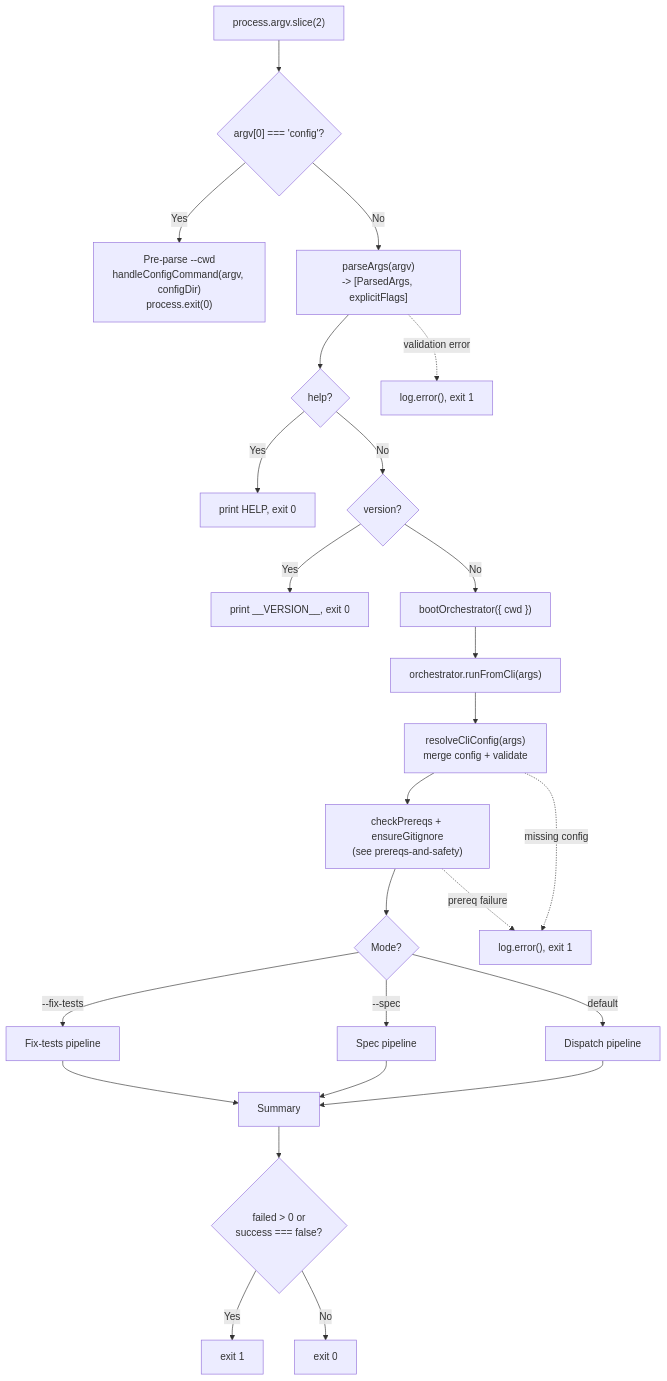
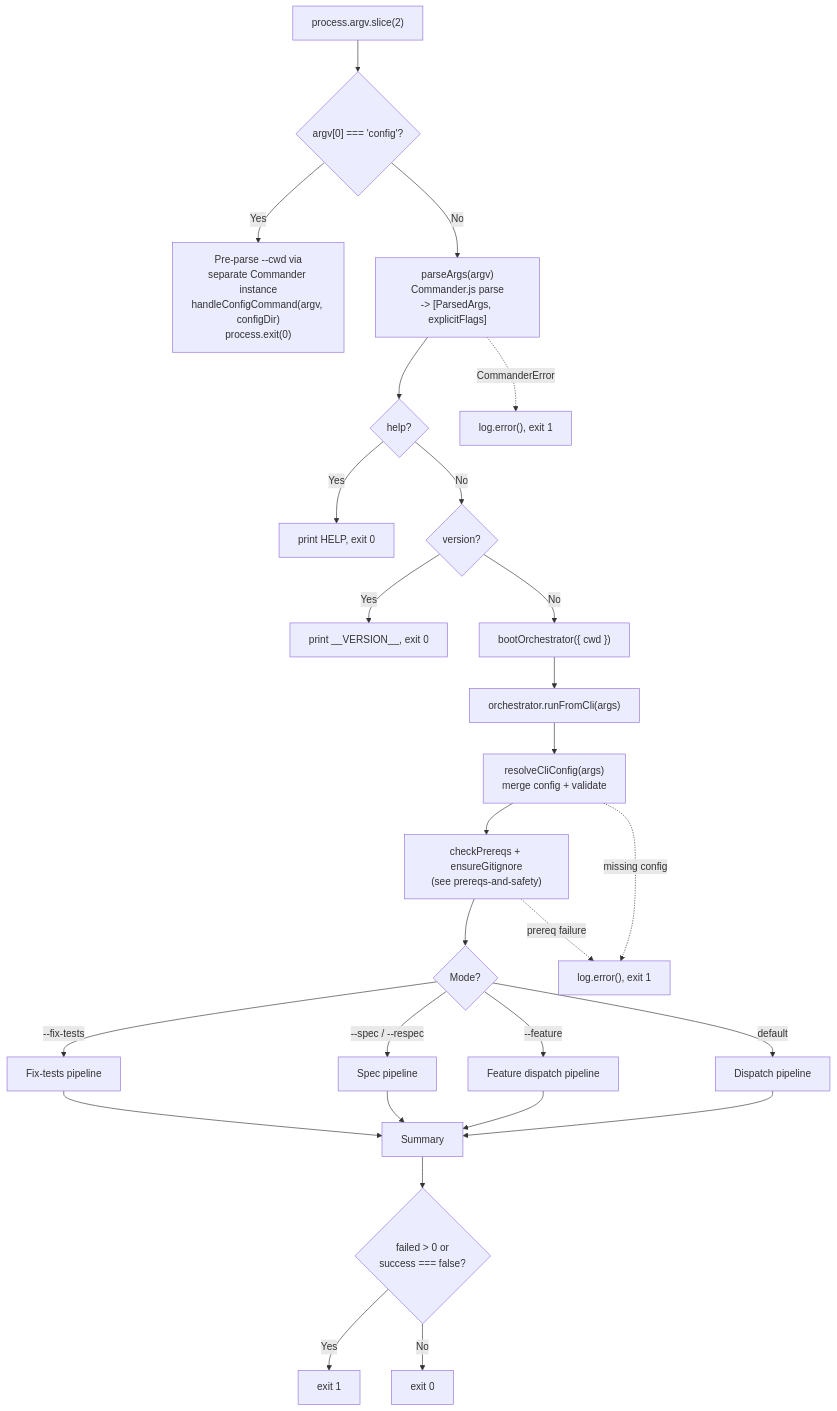
Before and after one commit to PatrickRuddiman/Dispatch: the fourth of 4 diagrams in docs/cli-orchestration/cli.md, drawn with Mermaid. The commit also changed other lines of this file and 82 other files, not shown here.

````diff
--- a/docs/cli-orchestration/cli.md
+++ b/docs/cli-orchestration/cli.md
@@ -367,27 +566,29 @@
 ```mermaid
 flowchart TD
     A["process.argv.slice(2)"] --> B{"argv[0] === 'config'?"}
-    B -->|Yes| C["Pre-parse --cwd<br/>handleConfigCommand(argv, configDir)<br/>process.exit(0)"]
-    B -->|No| D["parseArgs(argv)<br/>-> [ParsedArgs, explicitFlags]"]
+    B -->|Yes| C["Pre-parse --cwd via<br/>separate Commander instance<br/>handleConfigCommand(argv, configDir)<br/>process.exit(0)"]
+    B -->|No| D["parseArgs(argv)<br/>Commander.js parse<br/>-> [ParsedArgs, explicitFlags]"]
     D --> E{"help?"}
     E -->|Yes| F["print HELP, exit 0"]
     E -->|No| G{"version?"}
     G -->|Yes| H["print __VERSION__, exit 0"]
     G -->|No| I["bootOrchestrator({ cwd })"]
     I --> J["orchestrator.runFromCli(args)"]
     J --> K["resolveCliConfig(args)<br/>merge config + validate"]
     K --> L["checkPrereqs + ensureGitignore<br/>(see prereqs-and-safety)"]
     L --> M{"Mode?"}
     M -->|--fix-tests| N["Fix-tests pipeline"]
-    M -->|--spec| O["Spec pipeline"]
+    M -->|--spec / --respec| O["Spec pipeline"]
+    M -->|--feature| P2["Feature dispatch pipeline"]
     M -->|default| P["Dispatch pipeline"]
     N --> Q["Summary"]
     O --> Q
     P --> Q
+    P2 --> Q
     Q --> R{"failed > 0 or<br/>success === false?"}
     R -->|Yes| S["exit 1"]
     R -->|No| T["exit 0"]
-    D -.->|validation error| U["log.error(), exit 1"]
+    D -.->|CommanderError| U["log.error(), exit 1"]
     K -.->|missing config| V["log.error(), exit 1"]
     L -.->|prereq failure| V
 ```
````
